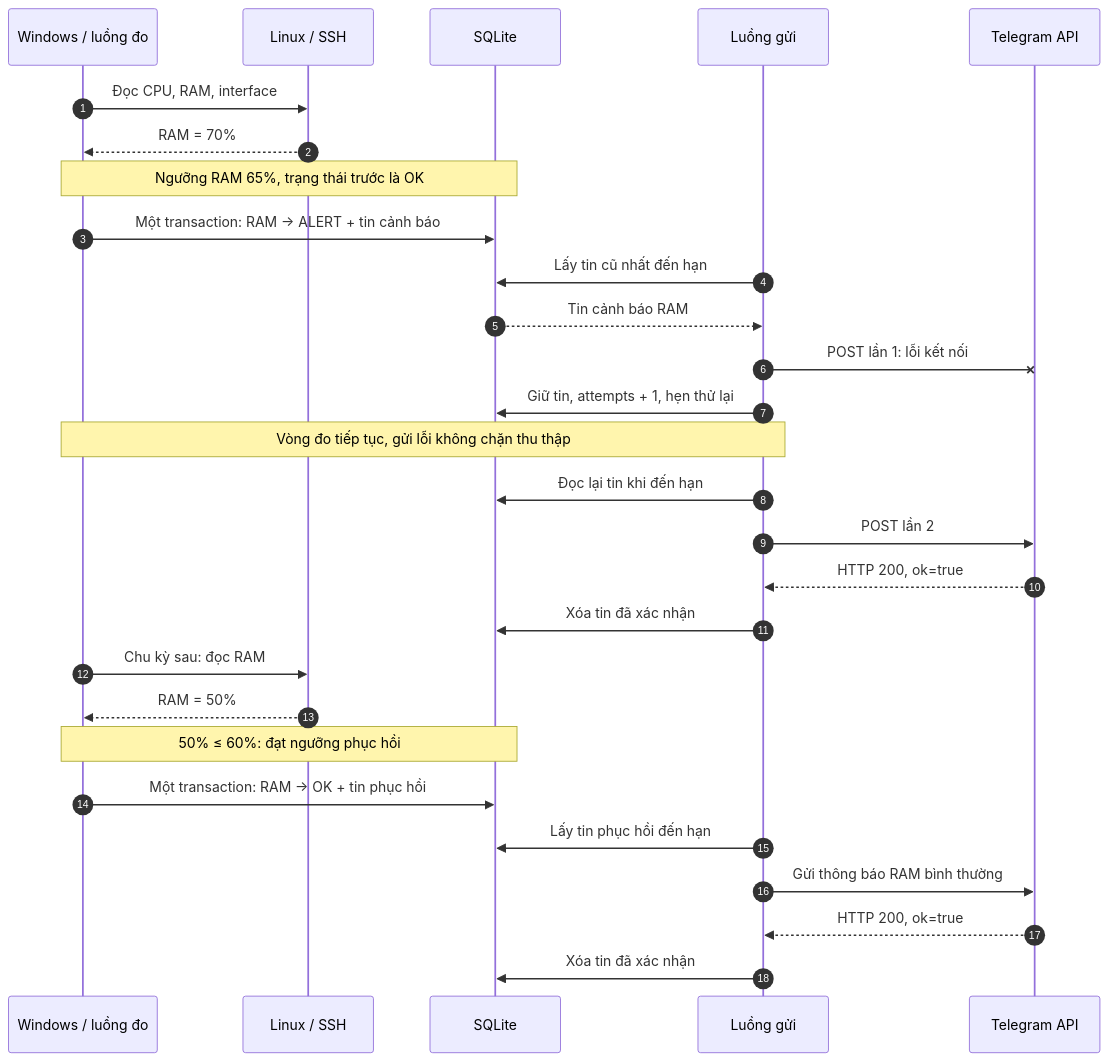
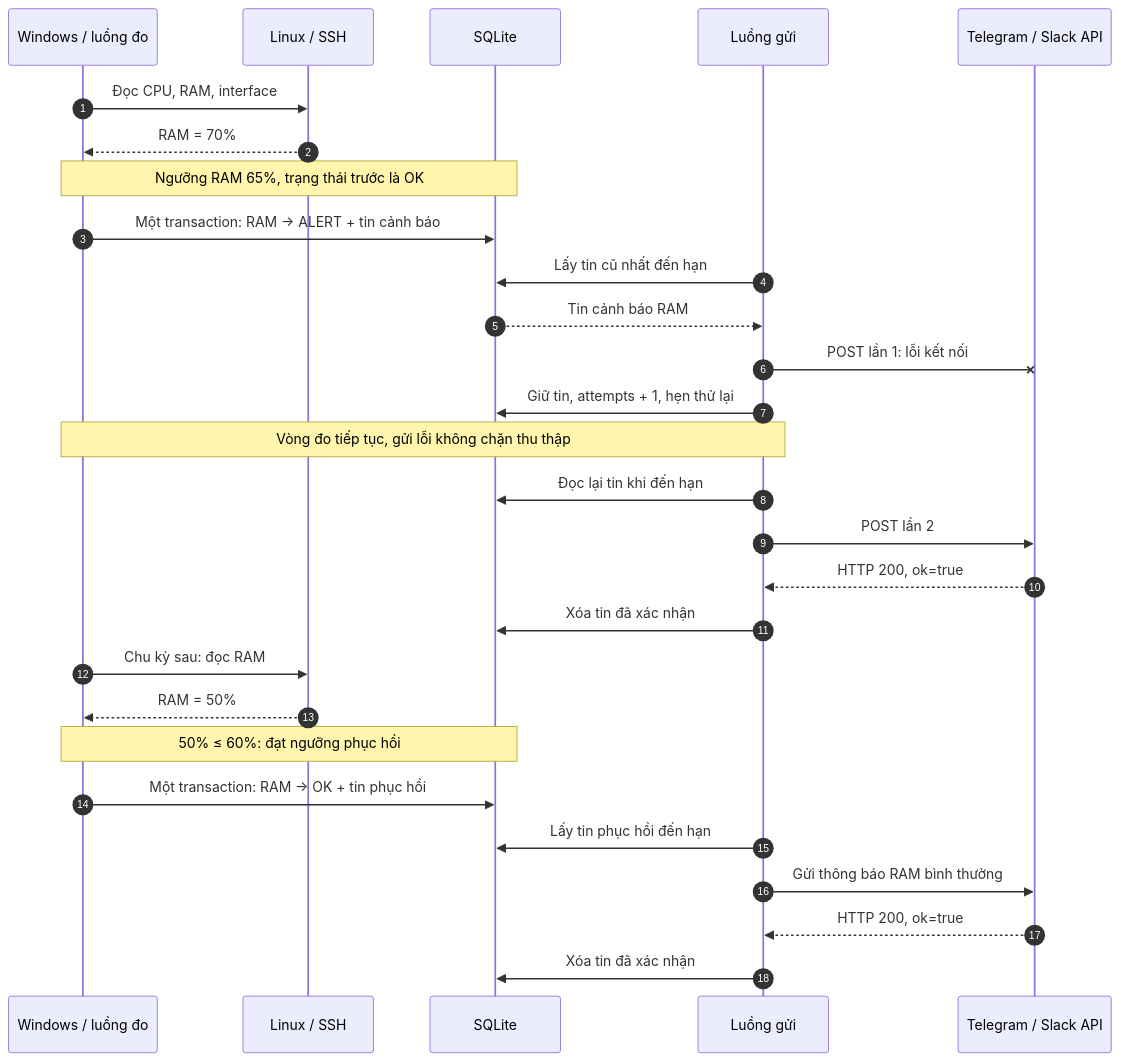
One commit to tunato2807-del/qtmnc changed the sixth of 8 diagrams in docs/diagrams/SO_DO_MERMAID.md. Above: the diagram before and after it, drawn with Mermaid. The commit also changed other lines of this file and 68 other files, not shown here.

````diff
--- a/docs/diagrams/SO_DO_MERMAID.md
+++ b/docs/diagrams/SO_DO_MERMAID.md
@@ -189,30 +164,30 @@
 ```mermaid
 sequenceDiagram
     autonumber
     participant M as Windows / luồng đo
     participant L as Linux / SSH
     participant D as SQLite
     participant W as Luồng gửi
-    participant T as Telegram API
+    participant T as Telegram / Slack API
     M->>L: Đọc CPU, RAM, interface
     L-->>M: RAM = 70%
     Note over M,D: Ngưỡng RAM 65%, trạng thái trước là OK
     M->>D: Một transaction: RAM → ALERT + tin cảnh báo
     W->>D: Lấy tin cũ nhất đến hạn
     D-->>W: Tin cảnh báo RAM
     W-xT: POST lần 1: lỗi kết nối
     W->>D: Giữ tin, attempts + 1, hẹn thử lại
     Note over M,W: Vòng đo tiếp tục, gửi lỗi không chặn thu thập
     W->>D: Đọc lại tin khi đến hạn
     W->>T: POST lần 2
     T-->>W: HTTP 200, ok=true
     W->>D: Xóa tin đã xác nhận
     M->>L: Chu kỳ sau: đọc RAM
     L-->>M: RAM = 50%
     Note over M,D: 50% ≤ 60%: đạt ngưỡng phục hồi
     M->>D: Một transaction: RAM → OK + tin phục hồi
     W->>D: Lấy tin phục hồi đến hạn
     W->>T: Gửi thông báo RAM bình thường
     T-->>W: HTTP 200, ok=true
     W->>D: Xóa tin đã xác nhận
 ```
````
